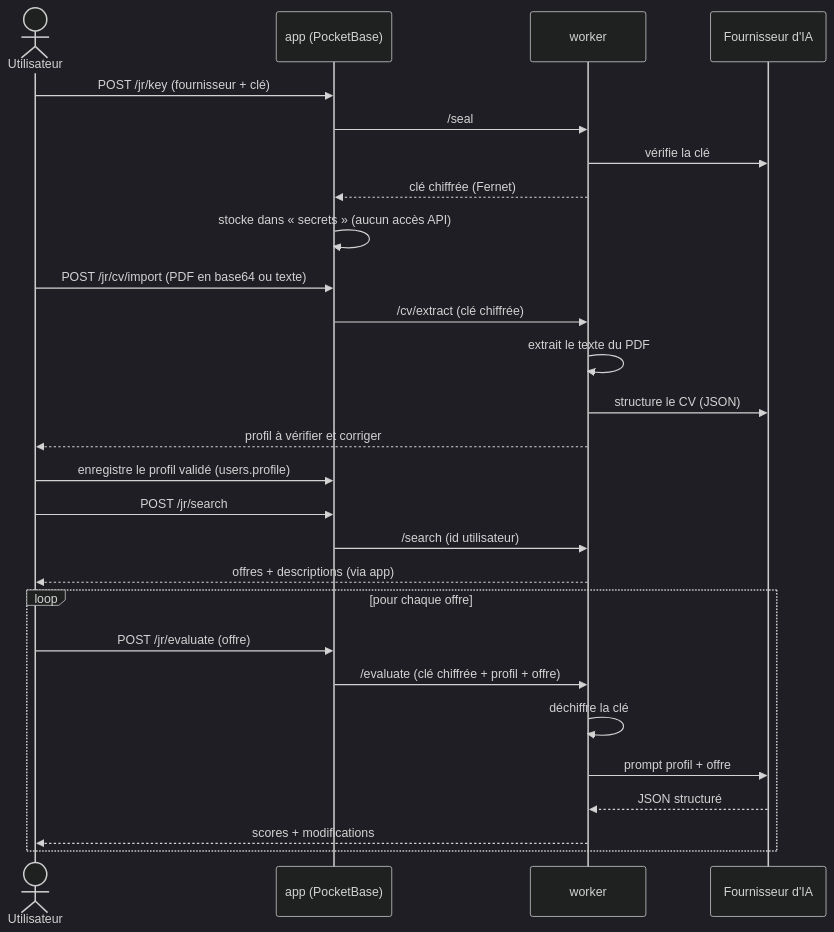
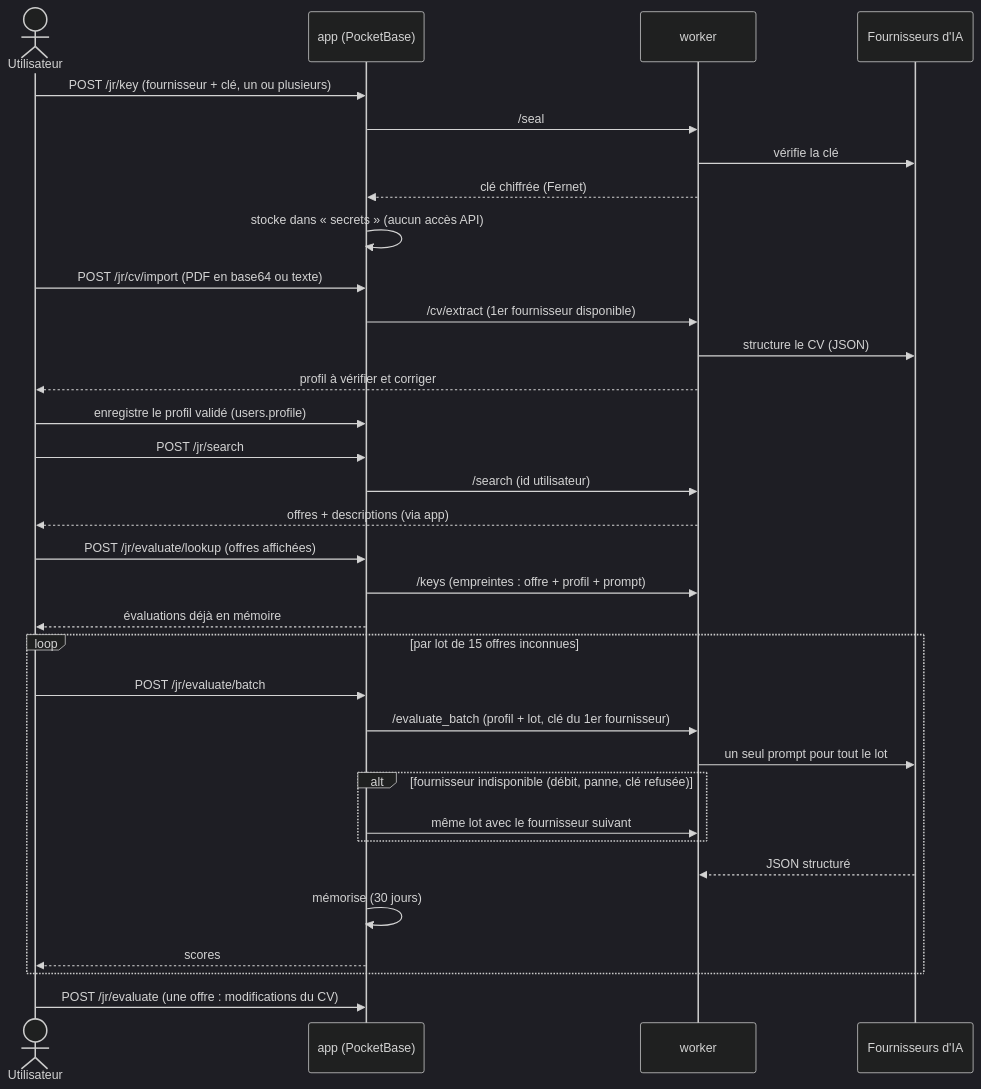
The second of 4 diagrams in README.md (LilyanLefevre/JobRadar), drawn with Mermaid (dark theme) before and after one commit. The commit also changed other lines of this file and 3 other files, not shown here.

````diff
--- a/README.md
+++ b/README.md
@@ -63,33 +66,41 @@
 ```mermaid
 sequenceDiagram
     actor U as Utilisateur
     participant A as app (PocketBase)
     participant W as worker
-    participant IA as Fournisseur d'IA
+    participant IA as Fournisseurs d'IA
 
-    U->>A: POST /jr/key (fournisseur + clé)
+    U->>A: POST /jr/key (fournisseur + clé, un ou plusieurs)
     A->>W: /seal
     W->>IA: vérifie la clé
     W-->>A: clé chiffrée (Fernet)
     A->>A: stocke dans « secrets » (aucun accès API)
 
     U->>A: POST /jr/cv/import (PDF en base64 ou texte)
-    A->>W: /cv/extract (clé chiffrée)
-    W->>W: extrait le texte du PDF
+    A->>W: /cv/extract (1er fournisseur disponible)
     W->>IA: structure le CV (JSON)
     W-->>U: profil à vérifier et corriger
     U->>A: enregistre le profil validé (users.profile)
 
     U->>A: POST /jr/search
     A->>W: /search (id utilisateur)
     W-->>U: offres + descriptions (via app)
 
-    loop pour chaque offre
-        U->>A: POST /jr/evaluate (offre)
-        A->>W: /evaluate (clé chiffrée + profil + offre)
-        W->>W: déchiffre la clé
-        W->>IA: prompt profil + offre
+    U->>A: POST /jr/evaluate/lookup (offres affichées)
+    A->>W: /keys (empreintes : offre + profil + prompt)
+    A-->>U: évaluations déjà en mémoire
+
+    loop par lot de 15 offres inconnues
+        U->>A: POST /jr/evaluate/batch
+        A->>W: /evaluate_batch (profil + lot, clé du 1er fournisseur)
+        W->>IA: un seul prompt pour tout le lot
+        alt fournisseur indisponible (débit, panne, clé refusée)
+            A->>W: même lot avec le fournisseur suivant
+        end
         IA-->>W: JSON structuré
-        W-->>U: scores + modifications
+        A->>A: mémorise (30 jours)
+        A-->>U: scores
     end
+
+    U->>A: POST /jr/evaluate (une offre : modifications du CV)
 ```
````
